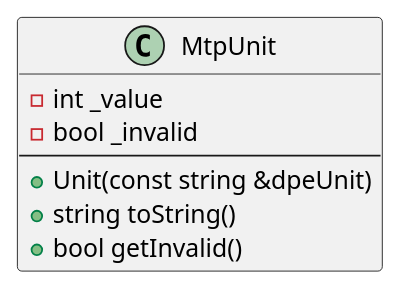
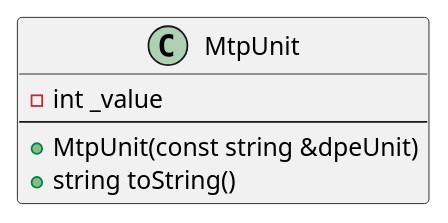
The diagram in source/Hilfsklassen/ViewModel/MtpUnit.puml (winccoa/winccoa-ae-ctrl-mtpimporter), drawn with PlantUML before and after one commit. The commit also changed 3 other files, not shown here.

Commit message:
chore: helper classes classdiagrams updated

```diff
--- a/source/Hilfsklassen/ViewModel/MtpUnit.puml
+++ b/source/Hilfsklassen/ViewModel/MtpUnit.puml
@@ -1,12 +1,10 @@
 @startuml
 
 class MtpUnit {
     - int _value
-    - bool _invalid
 --
-    + Unit(const string &dpeUnit)
+    + MtpUnit(const string &dpeUnit)
     + string toString()
-    + bool getInvalid()
 }
 
 @enduml
```
